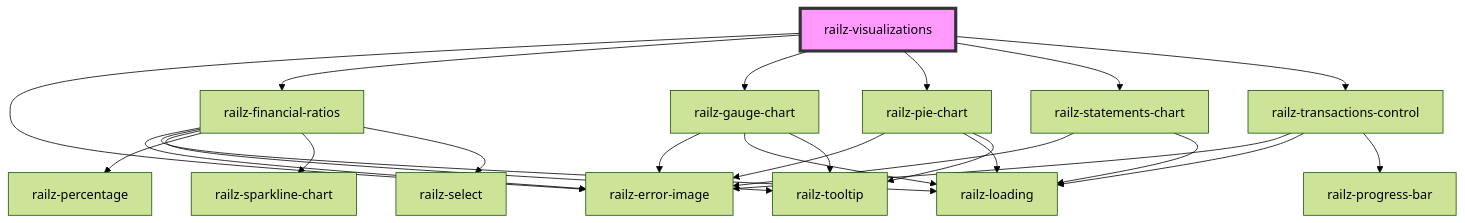
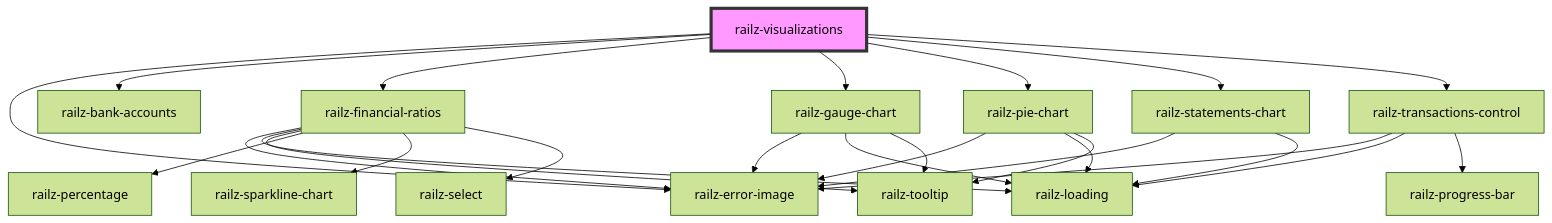
Before and after one commit to railz-ai/railz-visualizations: the diagram in packages/components/src/elements/core/readme.md, drawn with Mermaid (forest theme). The commit also changed other lines of this file and 8 other files, not shown here.

Commit message:
feat: Start on bank-accounts

````diff
--- a/packages/components/src/elements/core/readme.md
+++ b/packages/components/src/elements/core/readme.md
@@ -26,27 +27,28 @@
 ```mermaid
 graph TD;
   railz-visualizations --> railz-error-image
+  railz-visualizations --> railz-bank-accounts
   railz-visualizations --> railz-financial-ratios
   railz-visualizations --> railz-gauge-chart
   railz-visualizations --> railz-pie-chart
   railz-visualizations --> railz-statements-chart
   railz-visualizations --> railz-transactions-control
   railz-financial-ratios --> railz-error-image
   railz-financial-ratios --> railz-loading
   railz-financial-ratios --> railz-tooltip
   railz-financial-ratios --> railz-percentage
   railz-financial-ratios --> railz-sparkline-chart
   railz-financial-ratios --> railz-select
   railz-gauge-chart --> railz-error-image
   railz-gauge-chart --> railz-loading
   railz-gauge-chart --> railz-tooltip
   railz-pie-chart --> railz-error-image
   railz-pie-chart --> railz-loading
   railz-pie-chart --> railz-tooltip
   railz-statements-chart --> railz-error-image
   railz-statements-chart --> railz-loading
   railz-transactions-control --> railz-error-image
   railz-transactions-control --> railz-loading
   railz-transactions-control --> railz-progress-bar
   style railz-visualizations fill:#f9f,stroke:#333,stroke-width:4px
 ```
````
